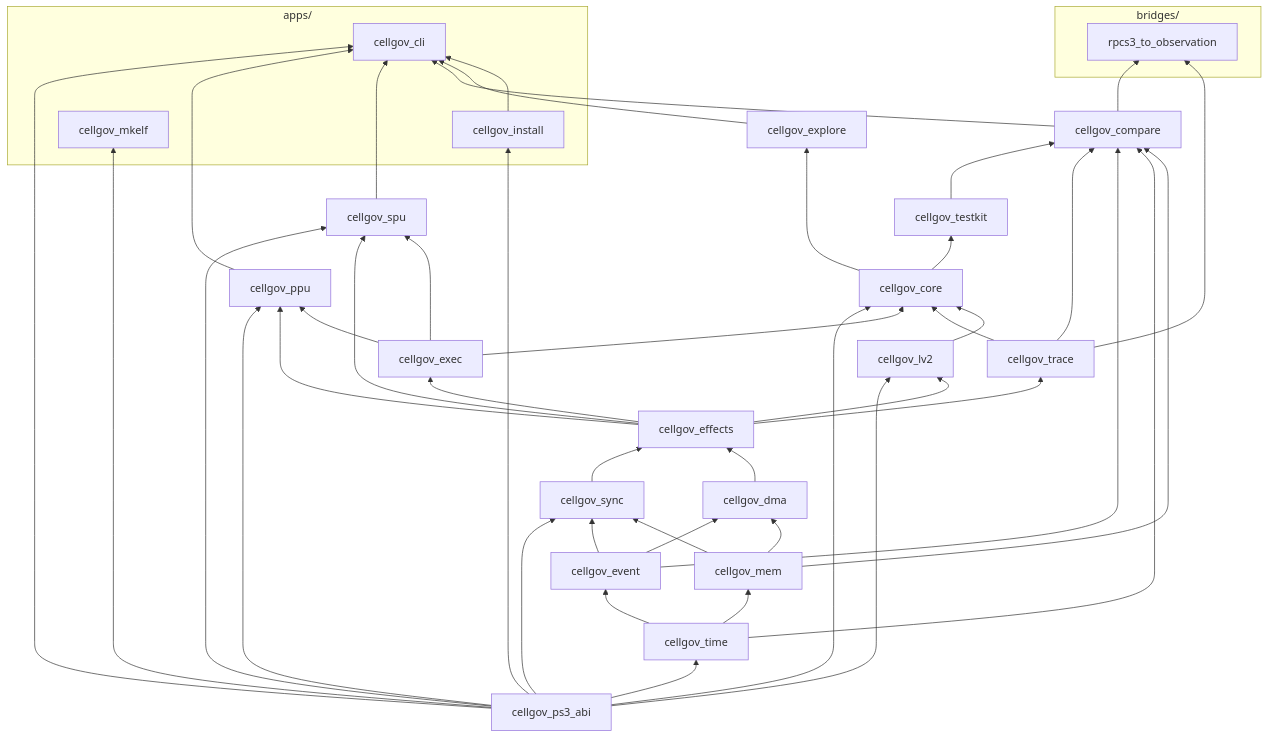
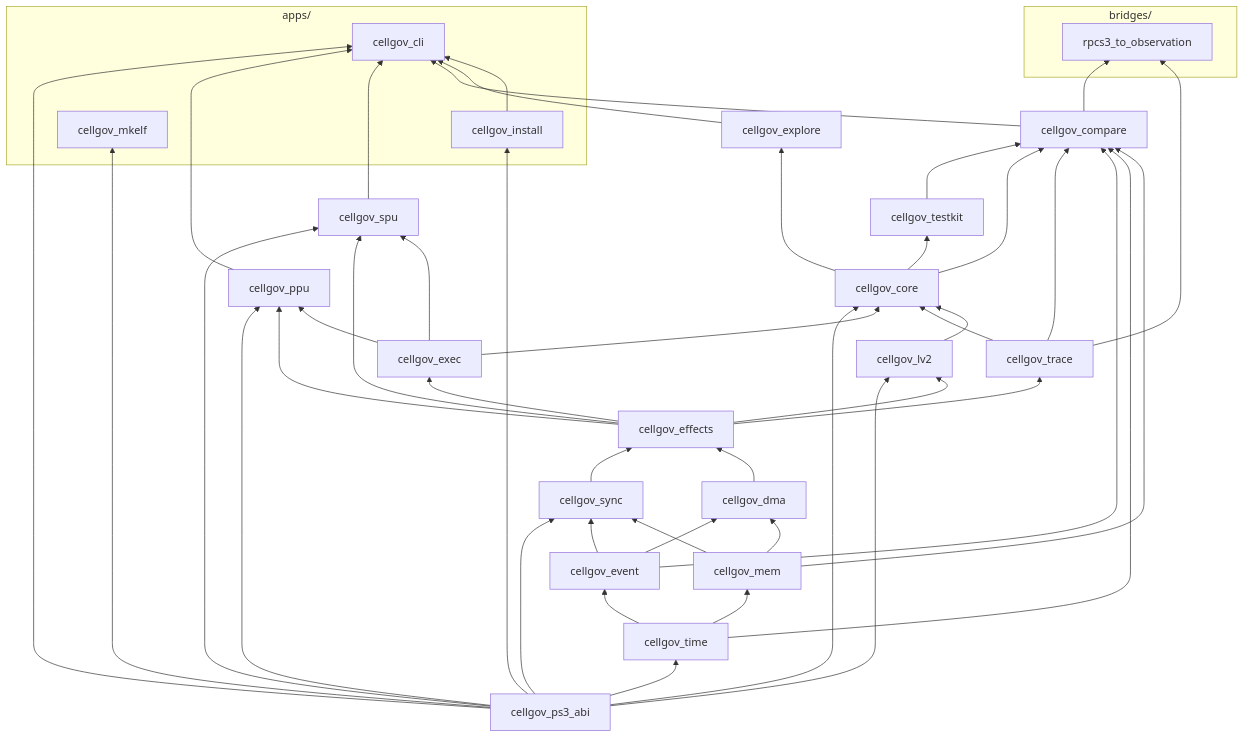
One commit to RoyalAce22/CellGov changed the diagram in docs/architecture.md. Above: the diagram before and after it, drawn with Mermaid. The commit also changed other lines of this file and 28 other files, not shown here.

````diff
--- a/docs/architecture.md
+++ b/docs/architecture.md
@@ -26,81 +26,82 @@
 ```mermaid
 graph BT
   subgraph apps ["apps/"]
     firmware["cellgov_install"]
     mkelf["cellgov_mkelf"]
     cli["cellgov_cli"]
   end
 
   subgraph bridges ["bridges/"]
     rpcs3obs["rpcs3_to_observation"]
   end
 
   ps3_abi[cellgov_ps3_abi]
   time[cellgov_time]
   event[cellgov_event]
   mem[cellgov_mem]
   sync[cellgov_sync]
   dma[cellgov_dma]
   effects[cellgov_effects]
   exec[cellgov_exec]
   trace[cellgov_trace]
   lv2[cellgov_lv2]
   core[cellgov_core]
   ppu[cellgov_ppu]
   spu[cellgov_spu]
   testkit[cellgov_testkit]
   explore[cellgov_explore]
   compare[cellgov_compare]
 
   ps3_abi --> time
   ps3_abi --> sync
   ps3_abi --> lv2
   ps3_abi --> ppu
   ps3_abi --> spu
   ps3_abi --> core
   ps3_abi --> cli
   ps3_abi --> firmware
   ps3_abi --> mkelf
 
   time --> event
   time --> mem
 
   event --> sync
   event --> dma
   mem --> sync
   mem --> dma
 
   sync --> effects
   dma --> effects
 
   effects --> exec
   effects --> trace
   effects --> lv2
   effects --> ppu
   effects --> spu
 
   exec --> core
   exec --> ppu
   exec --> spu
   trace --> core
   lv2 --> core
 
   core --> testkit
   core --> explore
 
   testkit --> compare
+  core --> compare
   trace --> compare
   event --> compare
   time --> compare
   mem --> compare
 
   ppu --> cli
   spu --> cli
   compare --> cli
   explore --> cli
   compare --> rpcs3obs
   trace --> rpcs3obs
 
   ppu ~~~ spu
   firmware --> cli
 ```
````
